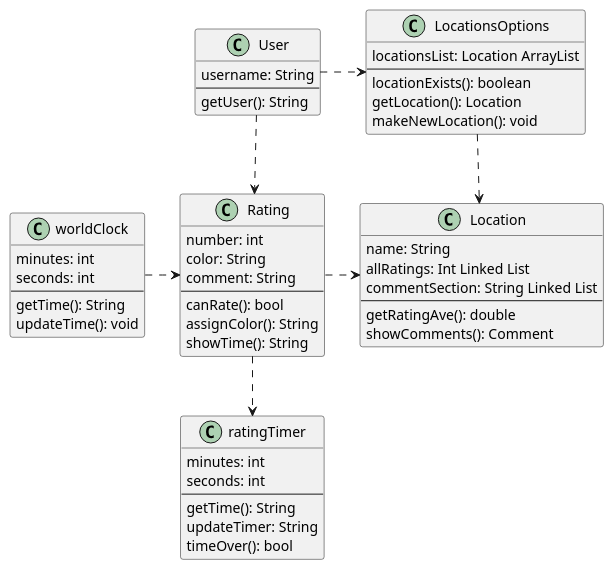
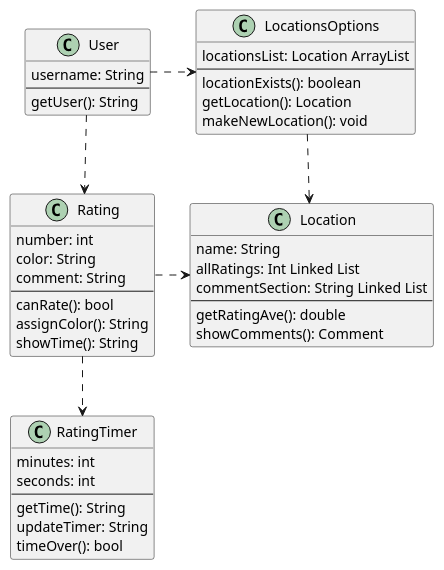
The second of 4 diagrams in intellij/documentation/design.md (manoushpajouh/Vassar-Crowdmeter), drawn with PlantUML before and after one commit. The commit also changed other lines of this file and 3 other files, not shown here.

````diff
--- a/intellij/documentation/design.md
+++ b/intellij/documentation/design.md
@@ -56,63 +50,53 @@
 ```plantuml
 @startuml
 
 class User{
 username: String
 --
 getUser(): String
 }
 
 class Rating{
 number: int
 color: String
 comment: String
 --
 canRate(): bool
 assignColor(): String 
 showTime(): String
 }
 
 class LocationsOptions{
 locationsList: Location ArrayList 
 --
 locationExists(): boolean
 getLocation(): Location
 makeNewLocation(): void
 }
 
 class Location {
 name: String
 allRatings: Int Linked List 
 commentSection: String Linked List 
 --
 getRatingAve(): double
 showComments(): Comment
 }
 
-class ratingTimer{
+class RatingTimer{
 minutes: int
 seconds: int
 --
 getTime(): String 
 updateTimer: String
 timeOver(): bool
 }
 
-class worldClock{
-minutes: int
-seconds: int
---
-getTime(): String
-updateTime(): void
-}
-
-
 User .down.> Rating
 User .> LocationsOptions
 Rating .right.> Location
 LocationsOptions .down.> Location
-Rating .down.> ratingTimer
-worldClock .right.> Rating
+Rating .down.> RatingTimer
 
 @enduml
 ```
````
